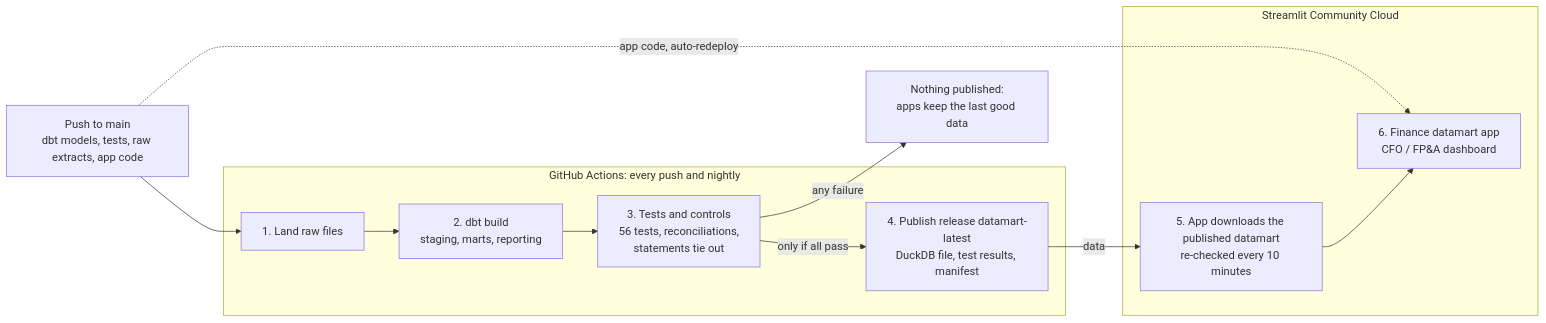
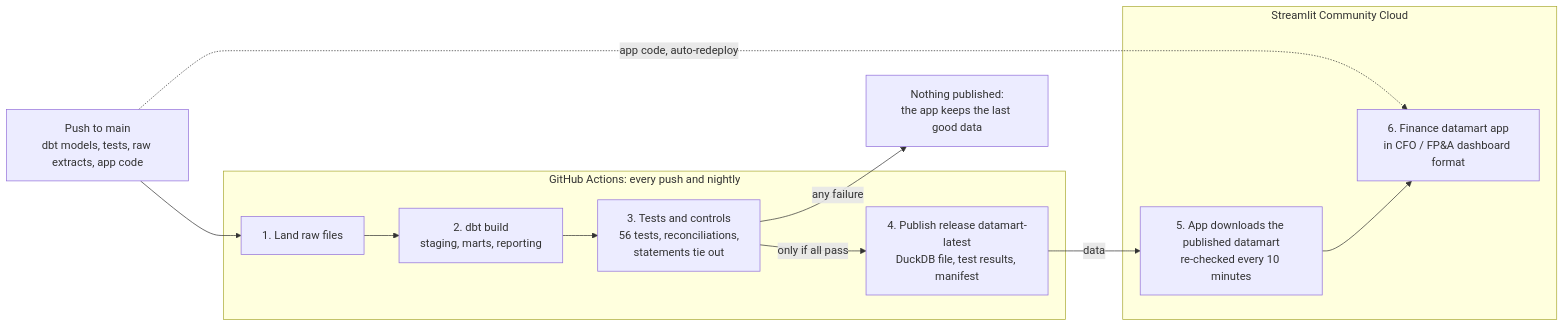
The diagram in README.md (LeXuanNT/university-finance-datamart-demo), drawn with Mermaid before and after one commit. The commit also changed other lines of this file and 4 other files, not shown here.

First line of the commit message:
One app: original 9-page flow, restyled as a CFO / FP&A dashboard

````diff
--- a/README.md
+++ b/README.md
@@ -111,15 +111,15 @@
 ```mermaid
 flowchart LR
   A[Push to main<br/>dbt models, tests, raw extracts, app code] --> B
   subgraph CI[GitHub Actions: every push and nightly]
     B[1. Land raw files] --> C[2. dbt build<br/>staging, marts, reporting]
     C --> D[3. Tests and controls<br/>56 tests, reconciliations,<br/>statements tie out]
     D -- only if all pass --> E[4. Publish release datamart-latest<br/>DuckDB file, test results, manifest]
   end
-  D -- any failure --> X[Nothing published:<br/>apps keep the last good data]
+  D -- any failure --> X[Nothing published:<br/>the app keeps the last good data]
   E -- data --> F
   A -. app code, auto-redeploy .-> G
   subgraph ST[Streamlit Community Cloud]
-    F[5. App downloads the published datamart<br/>re-checked every 10 minutes] --> G[6. Finance datamart app<br/>CFO / FP&A dashboard]
+    F[5. App downloads the published datamart<br/>re-checked every 10 minutes] --> G[6. Finance datamart app<br/>in CFO / FP&A dashboard format]
   end
 ```
````
